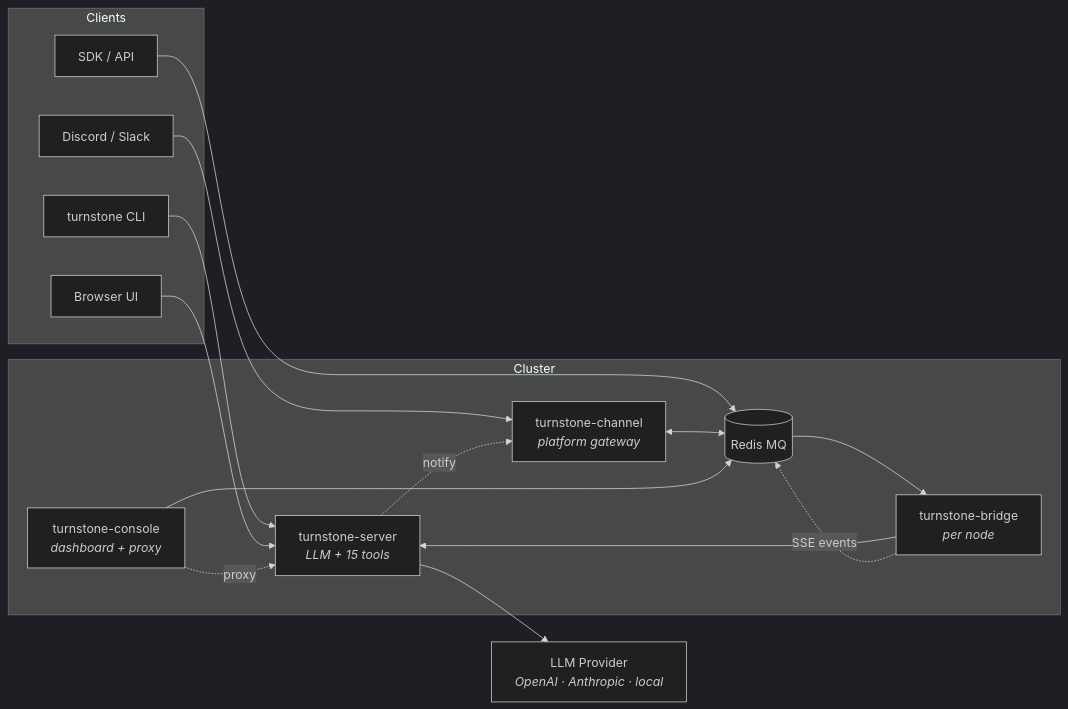
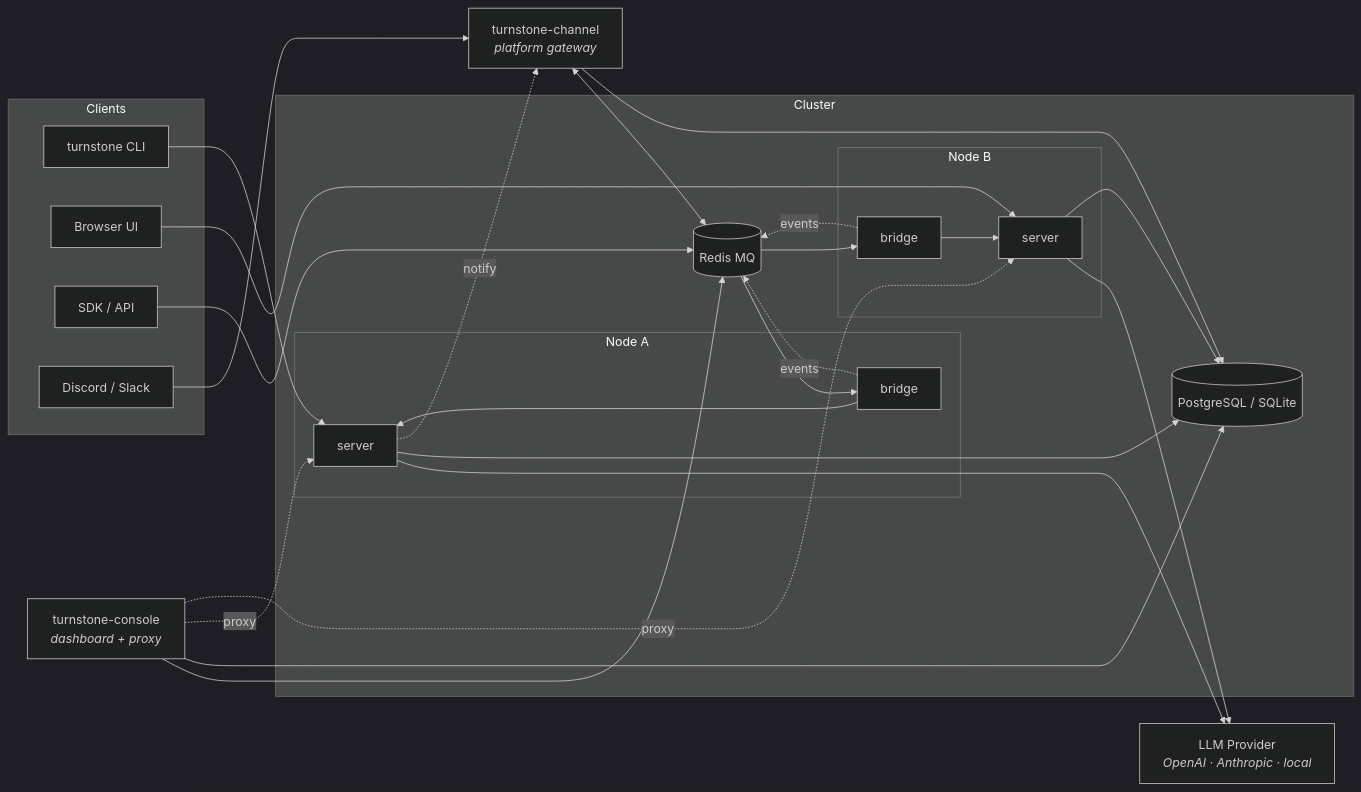
Before and after one commit to turnstonelabs/turnstone: the diagram in README.md, drawn with Mermaid (dark theme). The commit also changed other lines of this file, not shown here.

First line of the commit message:
Update README: 3-node cluster diagram, remove directory tree

````diff
--- a/README.md
+++ b/README.md
@@ -22,34 +22,47 @@
 ```mermaid
 graph LR
     subgraph Clients
         CLI[turnstone CLI]
         UI[Browser UI]
         SDK[SDK / API]
         Discord[Discord / Slack]
     end
 
+    Console[turnstone-console<br/><i>dashboard + proxy</i>]
+    Channel[turnstone-channel<br/><i>platform gateway</i>]
+
     subgraph Cluster
-        Console[turnstone-console<br/><i>dashboard + proxy</i>]
         Redis[(Redis MQ)]
-        Bridge[turnstone-bridge<br/><i>per node</i>]
-        Server[turnstone-server<br/><i>LLM + 15 tools</i>]
-        Channel[turnstone-channel<br/><i>platform gateway</i>]
+        DB[(PostgreSQL / SQLite)]
+
+        subgraph Node A
+            BridgeA[bridge]
+            ServerA[server]
+        end
+        subgraph Node B
+            BridgeB[bridge]
+            ServerB[server]
+        end
     end
 
     LLM[LLM Provider<br/><i>OpenAI · Anthropic · local</i>]
 
-    CLI --> Server
-    UI --> Server
+    CLI --> ServerA
+    UI --> ServerB
     SDK --> Redis
     Discord --> Channel
 
     Channel <--> Redis
     Console --> Redis
-    Redis --> Bridge
-    Bridge --> Server
-    Server --> LLM
+    Redis --> BridgeA & BridgeB
+    BridgeA --> ServerA
+    BridgeB --> ServerB
+    ServerA & ServerB --> LLM
 
-    Server -.->|notify| Channel
-    Bridge -.->|SSE events| Redis
-    Console -.->|proxy| Server
+    ServerA & ServerB --> DB
+    Console --> DB
+    Channel --> DB
+    ServerA -.->|notify| Channel
+    BridgeA & BridgeB -.->|events| Redis
+    Console -.->|proxy| ServerA & ServerB
 ```
````
